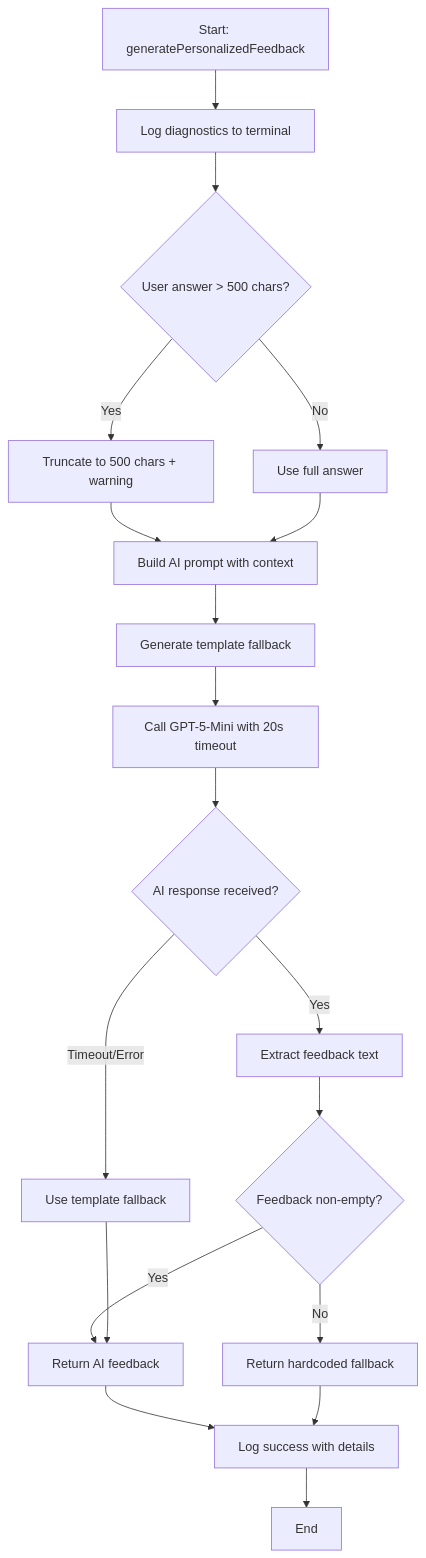
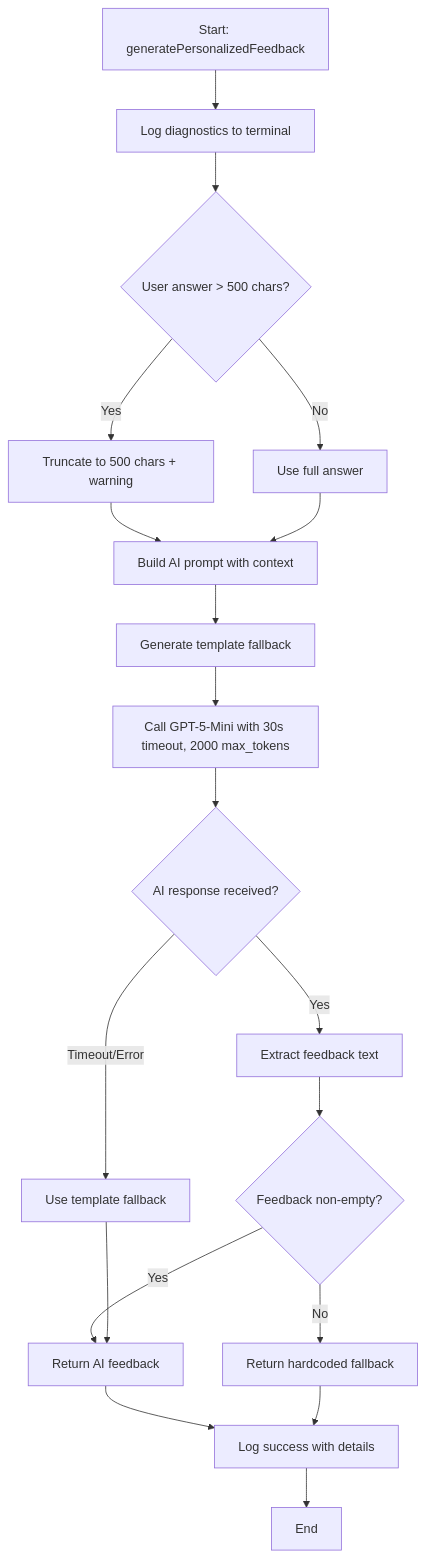
One commit to CongJie-Pan/TheChamber_Of_RedMansion_FireBaseStudio changed the first of 2 diagrams in docs/structure_module_infoMD/Core Service Modules/ai-feedback-generator_module_info.md. Above: the diagram before and after it, drawn with Mermaid. The commit also changed other lines of this file and 11 other files, not shown here.

First line of the commit message:
fix: Resolve GPT-5-mini empty response issue by increasing token limits

````diff
--- a/docs/structure_module_infoMD/Core Service Modules/ai-feedback-generator_module_info.md
+++ b/docs/structure_module_infoMD/Core Service Modules/ai-feedback-generator_module_info.md
@@ -40,21 +42,21 @@
 ```mermaid
 flowchart TD
     A[Start: generatePersonalizedFeedback] --> B[Log diagnostics to terminal];
     B --> C{User answer > 500 chars?};
     C -- Yes --> D[Truncate to 500 chars + warning];
     C -- No --> E[Use full answer];
     D --> F[Build AI prompt with context];
     E --> F;
     F --> G[Generate template fallback];
-    G --> H[Call GPT-5-Mini with 20s timeout];
+    G --> H[Call GPT-5-Mini with 30s timeout, 2000 max_tokens];
     H --> I{AI response received?};
     I -- Yes --> J[Extract feedback text];
     I -- Timeout/Error --> K[Use template fallback];
     J --> L{Feedback non-empty?};
     L -- Yes --> M[Return AI feedback];
     L -- No --> N[Return hardcoded fallback];
     K --> M;
     M --> O[Log success with details];
     N --> O;
     O --> P[End];
 ```
````
